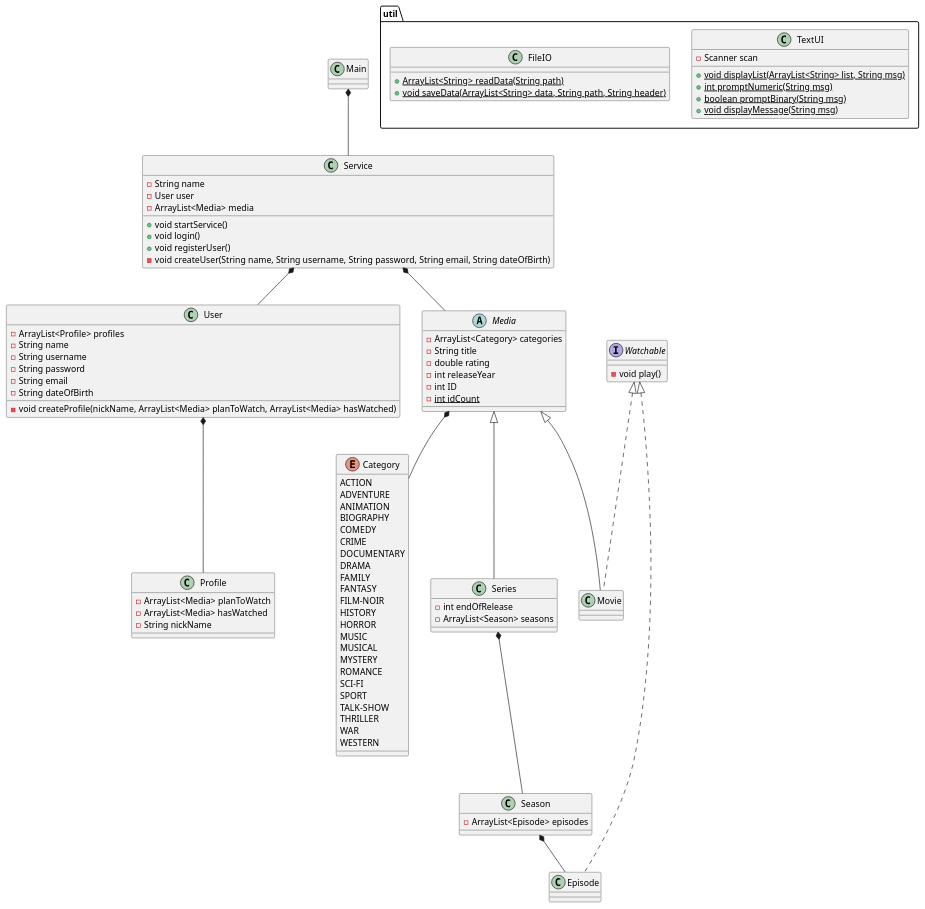
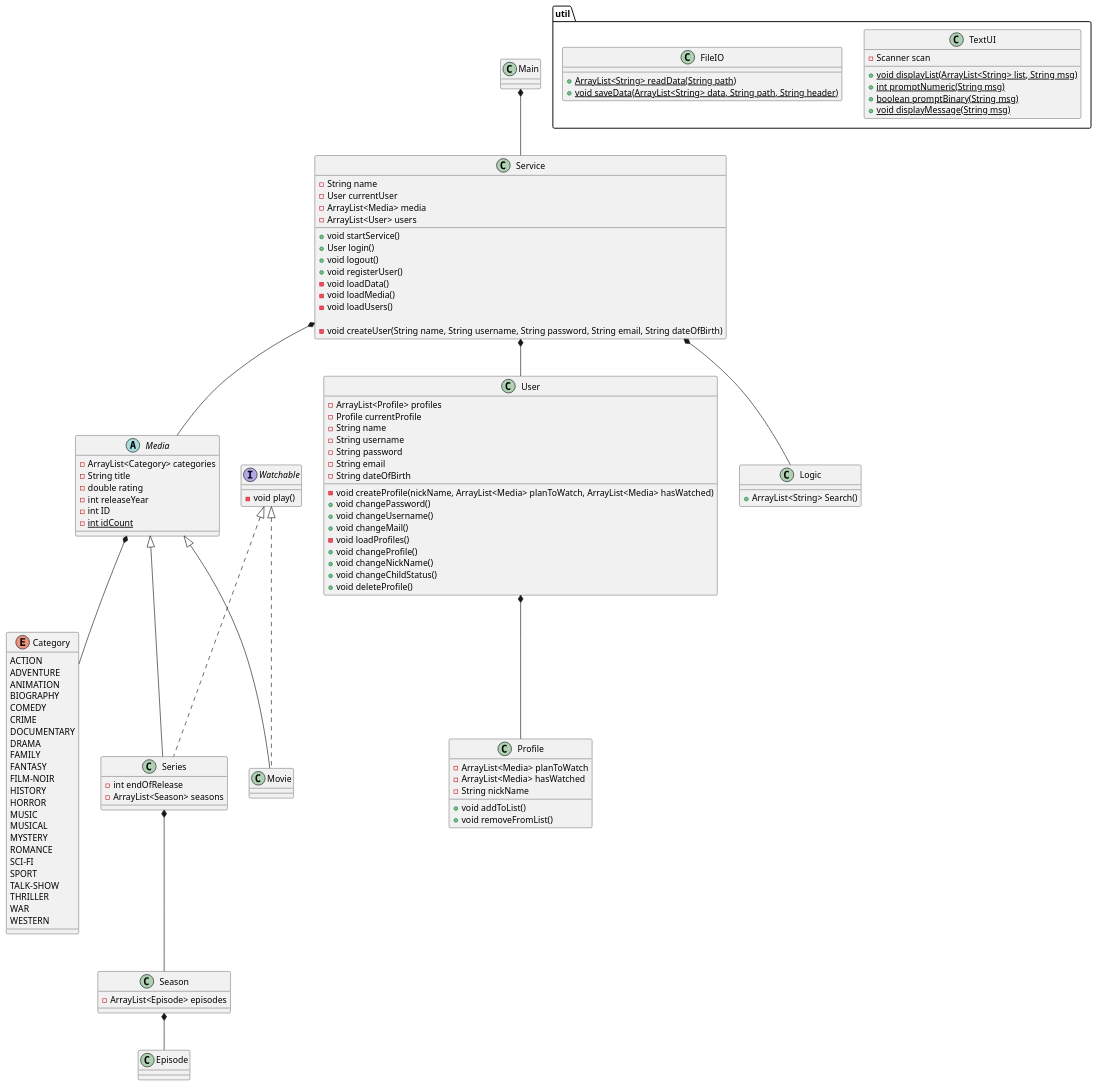
One commit to Andreas-dat/SP3-GruppeC changed the diagram in doc/classdiagram.puml. Above: the diagram before and after it, drawn with PlantUML.

Commit message:
Changes to class diagram

```diff
--- a/doc/classdiagram.puml
+++ b/doc/classdiagram.puml
@@ -1,117 +1,146 @@
 @startuml
 
 
 class Main
 class Service{
 -String name
--User user
+-User currentUser
 -ArrayList<Media> media
+-ArrayList<User> users
 +void startService()
-+void login()
++User login()
++void logout()
 +void registerUser()
+-void loadData()
+-void loadMedia()
+-void loadUsers()
+
 -void createUser(String name, String username, String password, String email, String dateOfBirth)
+
 }
 
 abstract class Media {
 -ArrayList<Category> categories
 -String title
 -double rating
 -int releaseYear
 -int ID
 -{static} int idCount
 }
 
 class Movie {
 }
 
 class Series {
 -int endOfRelease
 -ArrayList<Season> seasons
 }
 
 interface Watchable {
 -void play()
 }
 
 class Season {
 -ArrayList<Episode> episodes
 }
 class Episode {
 
 }
 class User {
 -ArrayList<Profile> profiles
+-Profile currentProfile
 -String name
 -String username
 -String password
 -String email
 -String dateOfBirth
 -void createProfile(nickName, ArrayList<Media> planToWatch, ArrayList<Media> hasWatched)
++void changePassword()
++void changeUsername()
++void changeMail()
+-void loadProfiles()
++void changeProfile()
++void changeNickName()
++void changeChildStatus()
++void deleteProfile()
 }
+
+
 class Profile {
 -ArrayList<Media> planToWatch
 -ArrayList<Media> hasWatched
 -String nickName
++void addToList()
++void removeFromList()
+
+
+
+}
+
+class Logic {
++ArrayList<String> Search()
+
 }
 
 enum Category {
 ACTION
 ADVENTURE
 ANIMATION
 BIOGRAPHY
 COMEDY
 CRIME
 DOCUMENTARY
 DRAMA
 FAMILY
 FANTASY
 FILM-NOIR
 HISTORY
 HORROR
 MUSIC
 MUSICAL
 MYSTERY
 ROMANCE
 SCI-FI
 SPORT
 TALK-SHOW
 THRILLER
 WAR
 WESTERN
 }
 
 package "util" {
 class TextUI {
 -Scanner scan
 {static} +void displayList(ArrayList<String> list, String msg)
 {static} +int promptNumeric(String msg)
 {static} +boolean promptBinary(String msg)
 {static} +void displayMessage(String msg)
 {static}
 }
 
 class FileIO {
 {static} +ArrayList<String> readData(String path)
 {static} +void saveData(ArrayList<String> data, String path, String header)
 }
 }
 
 Main *-- Service
 Service *-- Media
 Media *-- Category
 Media <|-- Movie
 Media <|-- Series
 Series *-- Season
 Season *-- Episode
+Service *-- Logic
 
 'Service *-- TextUI
 'Service *-- FileIO
 
 Service *-- User
 User *-- Profile
 
 Watchable <|.. Movie
-Watchable <|.. Episode
+Watchable <|.. Series
 
 
 @enduml
```
